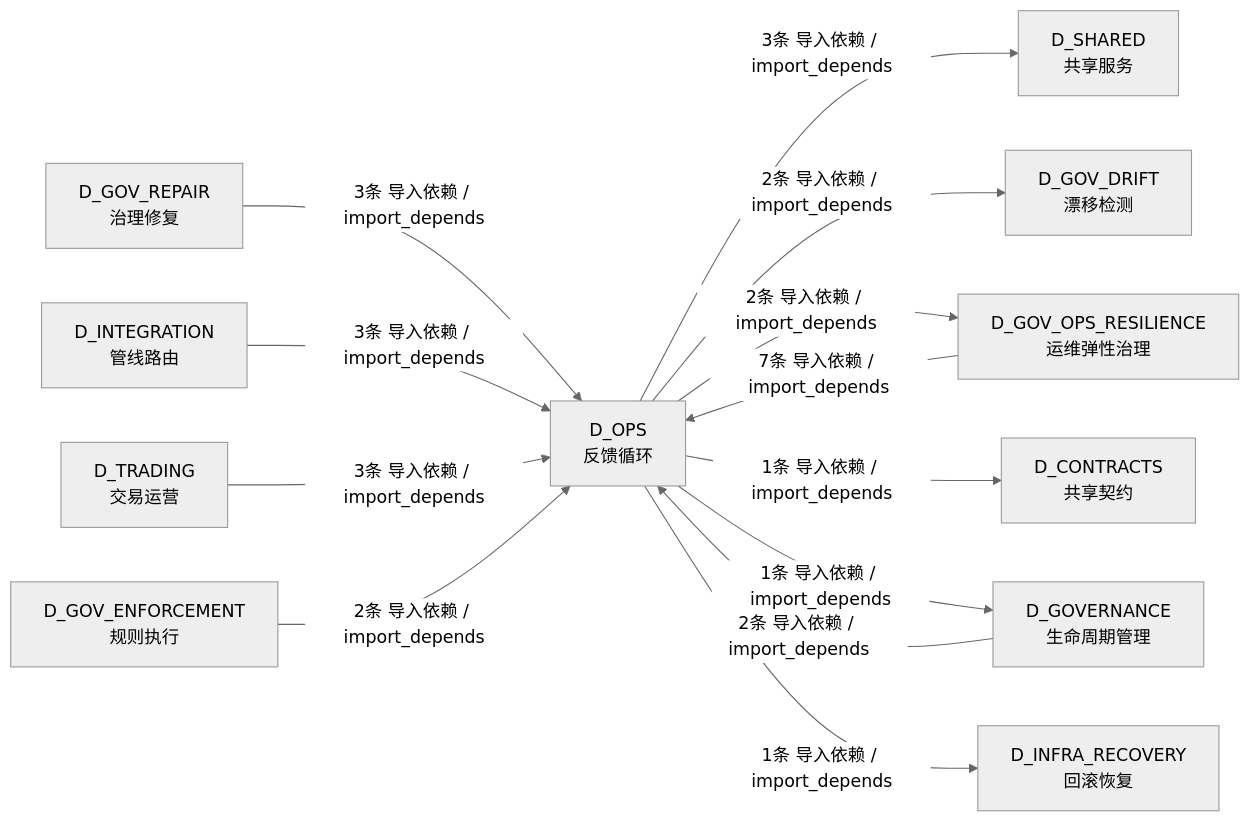
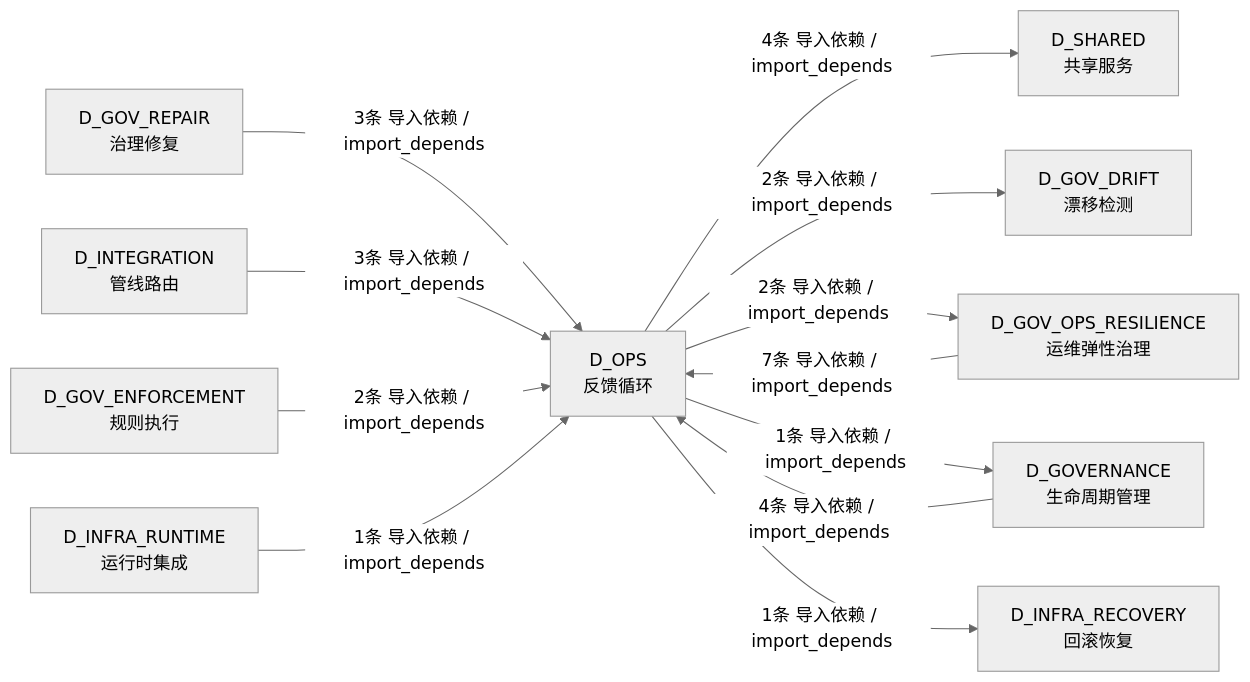
One commit to xuanFelixVan/ZephyrAlpha changed the third of 3 diagrams in docs/02_enterprise_architecture/02_domain_architecture_docs/24_d_ops.md. Above: the diagram before and after it, drawn with Mermaid (neutral theme). The commit also changed other lines of this file and 79 other files, not shown here.

````diff
--- a/docs/02_enterprise_architecture/02_domain_architecture_docs/24_d_ops.md
+++ b/docs/02_enterprise_architecture/02_domain_architecture_docs/24_d_ops.md
@@ -247,26 +243,24 @@
 ```mermaid
 graph LR
     D_OPS["D_OPS<br/>反馈循环"]
     D_SHARED["D_SHARED<br/>共享服务"]
     D_GOV_DRIFT["D_GOV_DRIFT<br/>漂移检测"]
     D_GOV_OPS_RESILIENCE["D_GOV_OPS_RESILIENCE<br/>运维弹性治理"]
-    D_CONTRACTS["D_CONTRACTS<br/>共享契约"]
     D_GOVERNANCE["D_GOVERNANCE<br/>生命周期管理"]
     D_INFRA_RECOVERY["D_INFRA_RECOVERY<br/>回滚恢复"]
     D_GOV_REPAIR["D_GOV_REPAIR<br/>治理修复"]
     D_INTEGRATION["D_INTEGRATION<br/>管线路由"]
-    D_TRADING["D_TRADING<br/>交易运营"]
     D_GOV_ENFORCEMENT["D_GOV_ENFORCEMENT<br/>规则执行"]
-    D_OPS -->|3条 导入依赖 / import_depends| D_SHARED
+    D_INFRA_RUNTIME["D_INFRA_RUNTIME<br/>运行时集成"]
+    D_OPS -->|4条 导入依赖 / import_depends| D_SHARED
     D_OPS -->|2条 导入依赖 / import_depends| D_GOV_DRIFT
     D_OPS -->|2条 导入依赖 / import_depends| D_GOV_OPS_RESILIENCE
-    D_OPS -->|1条 导入依赖 / import_depends| D_CONTRACTS
     D_OPS -->|1条 导入依赖 / import_depends| D_GOVERNANCE
     D_OPS -->|1条 导入依赖 / import_depends| D_INFRA_RECOVERY
     D_GOV_OPS_RESILIENCE -->|7条 导入依赖 / import_depends| D_OPS
+    D_GOVERNANCE -->|4条 导入依赖 / import_depends| D_OPS
     D_GOV_REPAIR -->|3条 导入依赖 / import_depends| D_OPS
     D_INTEGRATION -->|3条 导入依赖 / import_depends| D_OPS
-    D_TRADING -->|3条 导入依赖 / import_depends| D_OPS
-    D_GOVERNANCE -->|2条 导入依赖 / import_depends| D_OPS
     D_GOV_ENFORCEMENT -->|2条 导入依赖 / import_depends| D_OPS
+    D_INFRA_RUNTIME -->|1条 导入依赖 / import_depends| D_OPS
 ```
````
